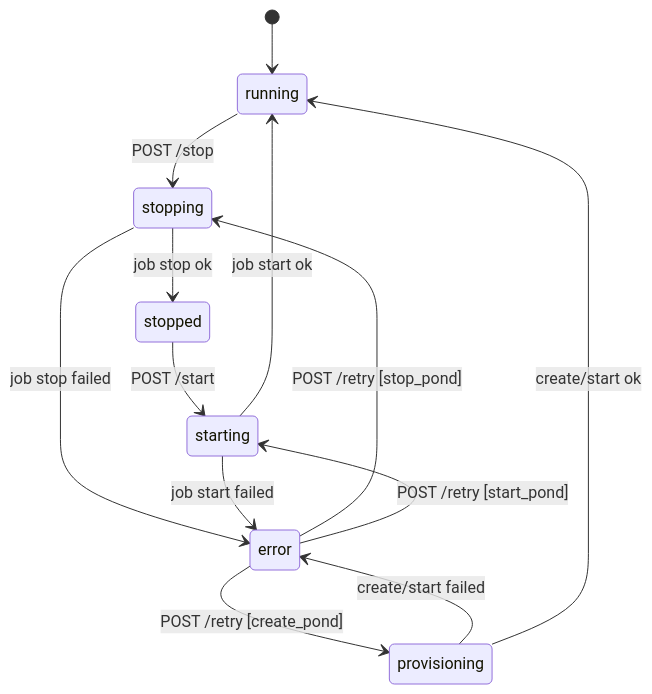
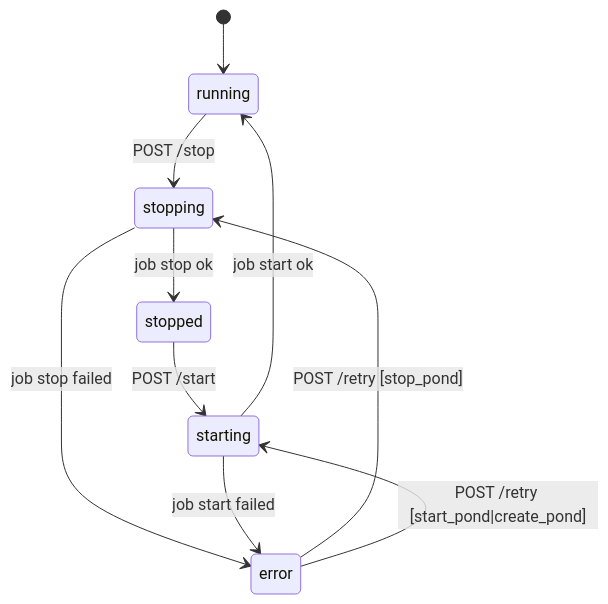
Before and after one commit to carloshugoeg/koicloud: the diagram in docs/architecture/statecharts/pond-stop-start/README.md, drawn with Mermaid. The commit also changed other lines of this file and 11 other files, not shown here.

First line of the commit message:
docs(ponds): five-state CCR 131 chart without provisioning

````diff
--- a/docs/architecture/statecharts/pond-stop-start/README.md
+++ b/docs/architecture/statecharts/pond-stop-start/README.md
@@ -19,15 +22,12 @@
 ```mermaid
 stateDiagram-v2
   [*] --> running
   running --> stopping: POST /stop
   stopping --> stopped: job stop ok
   stopped --> starting: POST /start
   starting --> running: job start ok
   stopping --> error: job stop failed
   starting --> error: job start failed
-  provisioning --> error: create/start failed
   error --> stopping: POST /retry [stop_pond]
-  error --> starting: POST /retry [start_pond]
-  error --> provisioning: POST /retry [create_pond]
-  provisioning --> running: create/start ok
+  error --> starting: POST /retry [start_pond|create_pond]
 ```
````
